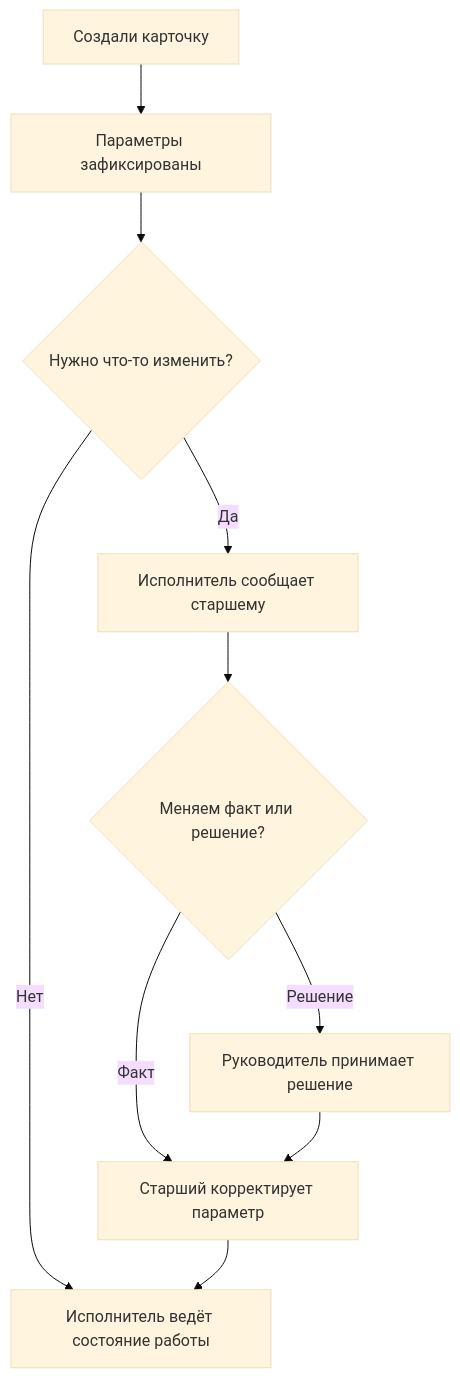
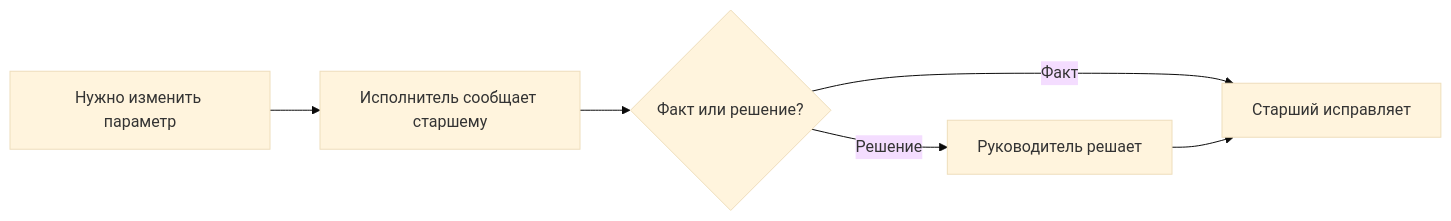
One commit to lazuale/department changed the first of 3 diagrams in docs/01-methodology.md. Above: the diagram before and after it, drawn with Mermaid (base theme). The commit also changed other lines of this file, not shown here.

````diff
--- a/docs/01-methodology.md
+++ b/docs/01-methodology.md
@@ -129,12 +49,8 @@
 ```mermaid
-flowchart TD
-    A[Создали карточку] --> B[Параметры зафиксированы]
-    B --> C{Нужно что-то изменить?}
-    C -- Нет --> D[Исполнитель ведёт состояние работы]
-    C -- Да --> E[Исполнитель сообщает старшему]
-    E --> F{Меняем факт или решение?}
-    F -- Факт --> G[Старший корректирует параметр]
-    F -- Решение --> H[Руководитель принимает решение]
-    H --> G
-    G --> D
+flowchart LR
+    A[Нужно изменить параметр] --> B[Исполнитель сообщает старшему]
+    B --> C{Факт или решение?}
+    C -- Факт --> D[Старший исправляет]
+    C -- Решение --> E[Руководитель решает]
+    E --> D
 ```
````
